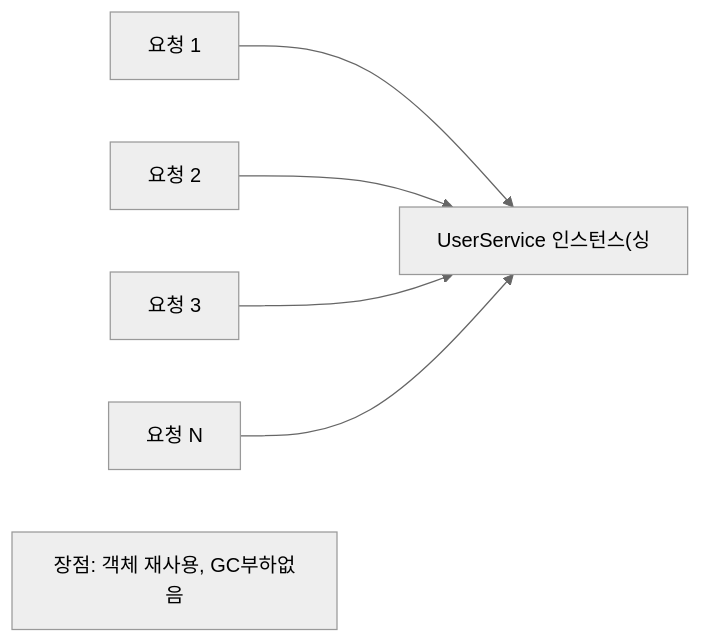
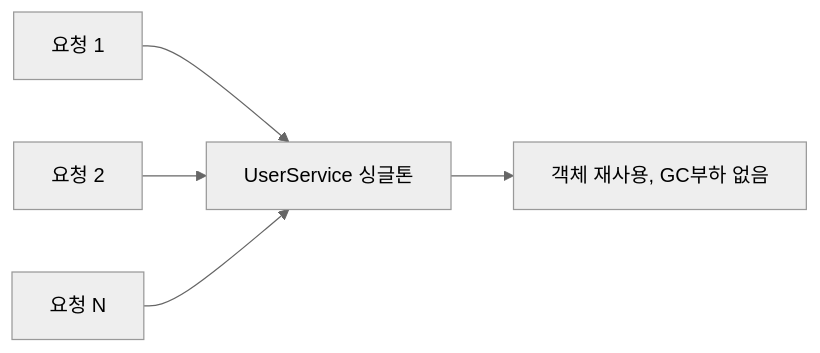
Before and after one commit to yjkim2015/yjkim2015.github.io: the second of 6 diagrams in _posts/spring/2022-06-16-싱글톤 레지스트리와 오브젝트 스코프.md, drawn with Mermaid (neutral theme). The commit also changed other lines of this file and 163 other files, not shown here.

First line of the commit message:
Mermaid 300개 블록 내용 축소: 5노드 5엣지 이하, 의미 있는 약어

````diff
--- a/_posts/spring/2022-06-16-싱글톤 레지스트리와 오브젝트 스코프.md
+++ b/_posts/spring/2022-06-16-싱글톤 레지스트리와 오브젝트 스코프.md
@@ -30,9 +29,7 @@
 ```mermaid
 graph LR
-    REQ1["요청 1"] --> SINGLE
+    REQ1["요청 1"] --> SINGLE["UserService 싱글톤"]
     REQ2["요청 2"] --> SINGLE
-    REQ3["요청 3"] --> SINGLE
-    REQ_N["요청 N"] --> SINGLE
-    SINGLE["UserService 인스턴스(싱"]
-    BENEFIT["장점: 객체 재사용, GC부하없음"]
+    REQ3["요청 N"] --> SINGLE
+    SINGLE --> BENEFIT["객체 재사용, GC부하 없음"]
 ```
````
